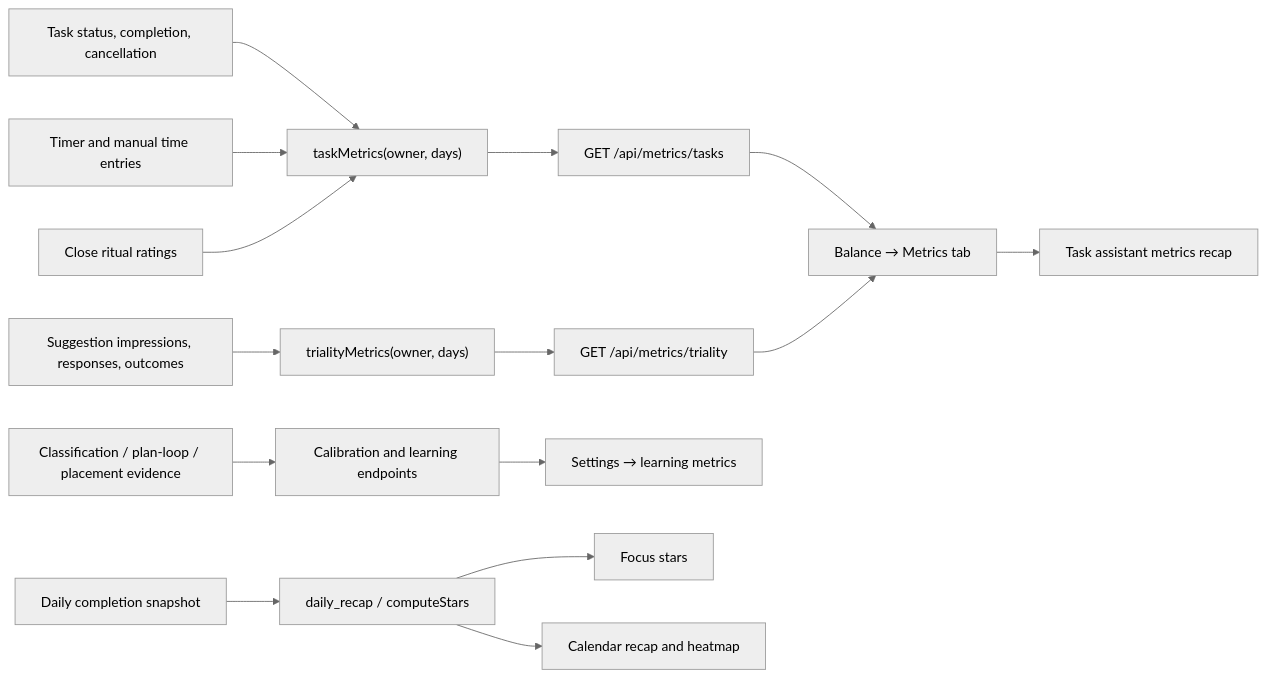
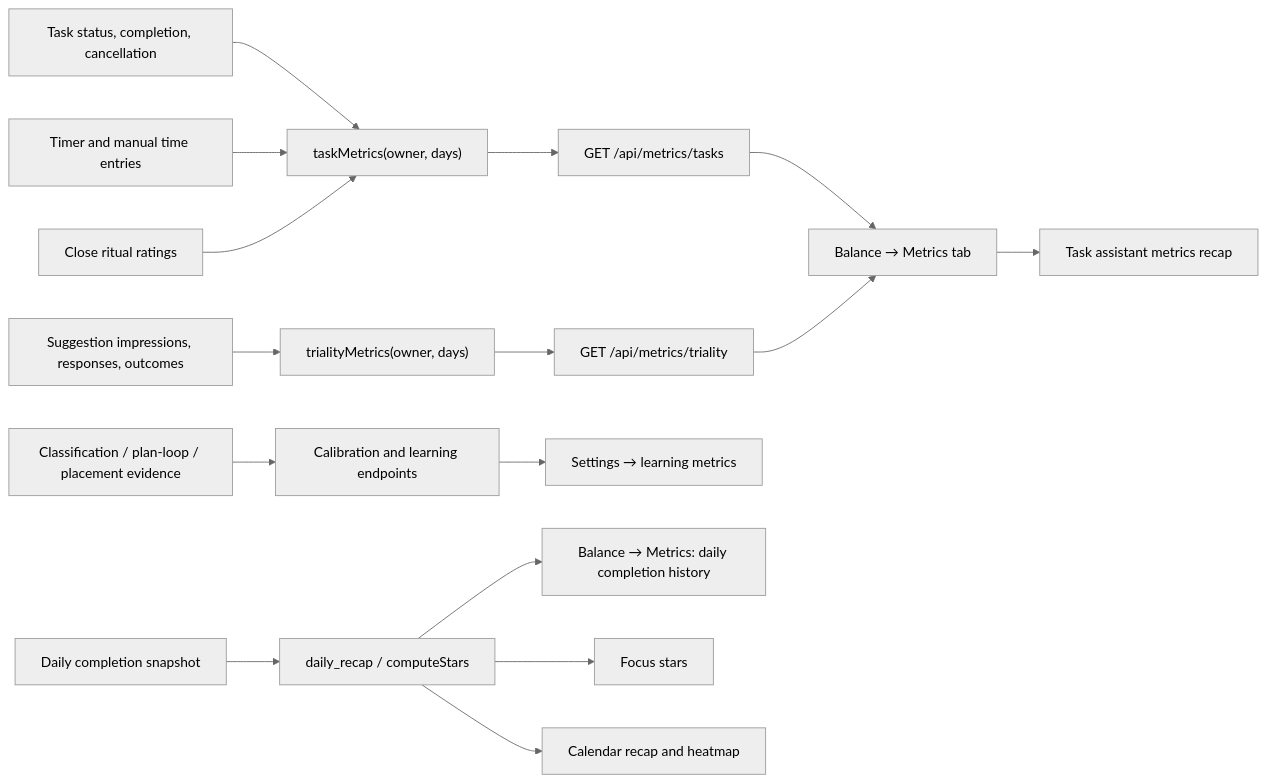
Before and after one commit to companionintelligence/CI-Planning: the fifth of 5 diagrams in docs/DIAGRAMS.md, drawn with Mermaid (neutral theme). The commit also changed 1 other file, not shown here.

Commit message:
Add daily completion to metrics

````diff
--- a/docs/DIAGRAMS.md
+++ b/docs/DIAGRAMS.md
@@ -130,17 +130,18 @@
 ```mermaid
 flowchart LR
   TaskEvents["Task status, completion, cancellation"] --> TaskMetrics["taskMetrics(owner, days)"]
   TimeEntries["Timer and manual time entries"] --> TaskMetrics
   Rituals["Close ritual ratings"] --> TaskMetrics
   TaskMetrics --> MetricsAPI["GET /api/metrics/tasks"]
   TrialityEvents["Suggestion impressions, responses, outcomes"] --> TrialityMetrics["trialityMetrics(owner, days)"]
   TrialityMetrics --> TrialityAPI["GET /api/metrics/triality"]
   Calibration["Classification / plan-loop / placement evidence"] --> CalAPI["Calibration and learning endpoints"]
   DailyState["Daily completion snapshot"] --> Stars["daily_recap / computeStars"]
   MetricsAPI --> Balance["Balance → Metrics tab"]
   TrialityAPI --> Balance
   CalAPI --> Settings["Settings → learning metrics"]
+  Stars --> Metrics["Balance → Metrics: daily completion history"]
   Stars --> Focus["Focus stars"]
   Stars --> Calendar["Calendar recap and heatmap"]
   Balance --> Agent["Task assistant metrics recap"]
 ```
````
